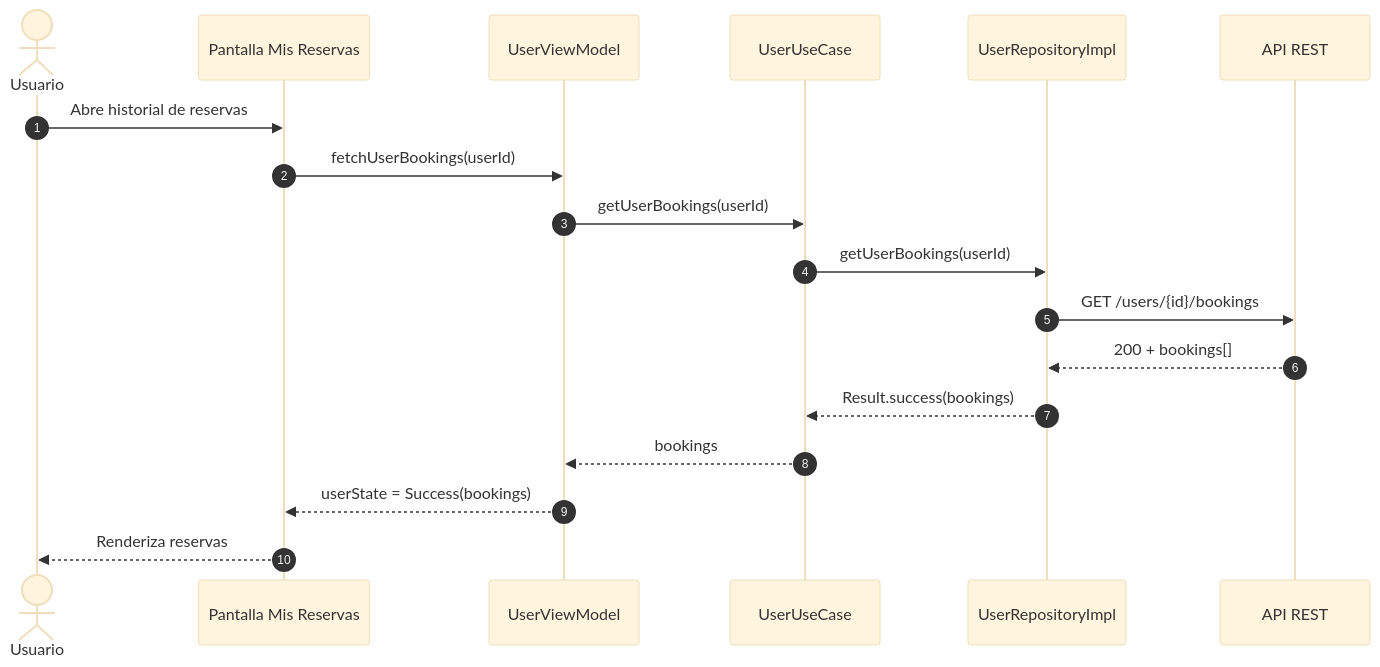
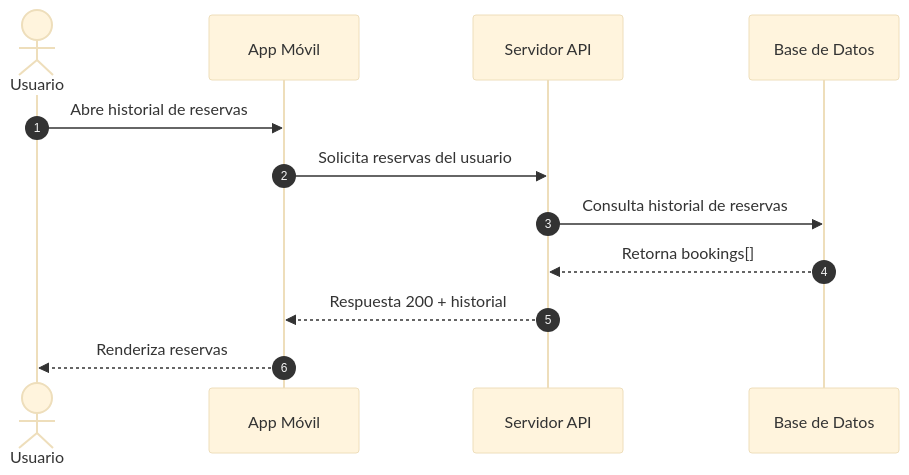
One commit to asobrados03/HumanPerformApp changed the eighth of 12 diagrams in docs/SEQUENCE_DIAGRAMS.md. Above: the diagram before and after it, drawn with Mermaid (base theme). The commit also changed other lines of this file, not shown here.

Commit message:
Ajustar diagrama de métodos de pago para usar Stripe

````diff
--- a/docs/SEQUENCE_DIAGRAMS.md
+++ b/docs/SEQUENCE_DIAGRAMS.md
@@ -187,21 +135,15 @@
 ```mermaid
 sequenceDiagram
     autonumber
     actor U as Usuario
-    participant UI as Pantalla Mis Reservas
-    participant VM as UserViewModel
-    participant UC as UserUseCase
-    participant REPO as UserRepositoryImpl
-    participant API as API REST
+    participant APP as App Móvil
+    participant API as Servidor API
+    participant DB as Base de Datos
 
-    U->>UI: Abre historial de reservas
-    UI->>VM: fetchUserBookings(userId)
-    VM->>UC: getUserBookings(userId)
-    UC->>REPO: getUserBookings(userId)
-    REPO->>API: GET /users/{id}/bookings
-    API-->>REPO: 200 + bookings[]
-    REPO-->>UC: Result.success(bookings)
-    UC-->>VM: bookings
-    VM-->>UI: userState = Success(bookings)
-    UI-->>U: Renderiza reservas
+    U->>APP: Abre historial de reservas
+    APP->>API: Solicita reservas del usuario
+    API->>DB: Consulta historial de reservas
+    DB-->>API: Retorna bookings[]
+    API-->>APP: Respuesta 200 + historial
+    APP-->>U: Renderiza reservas
 ```
````
